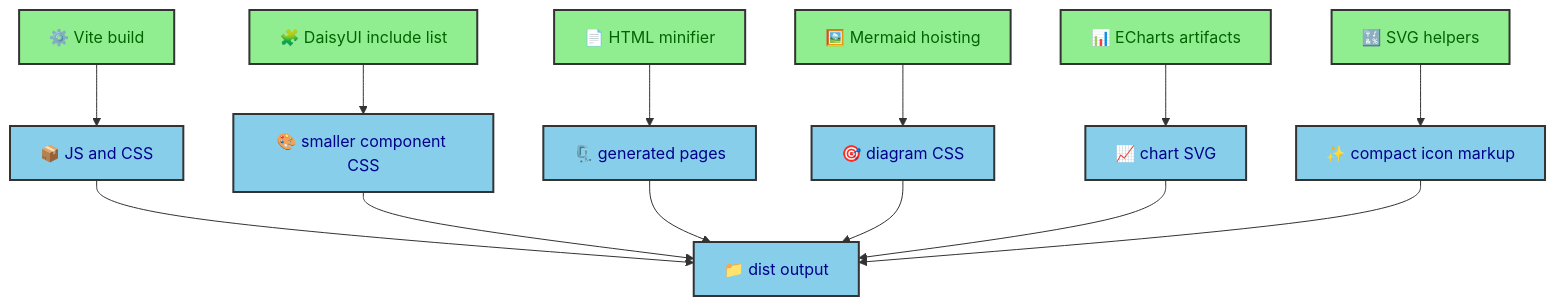
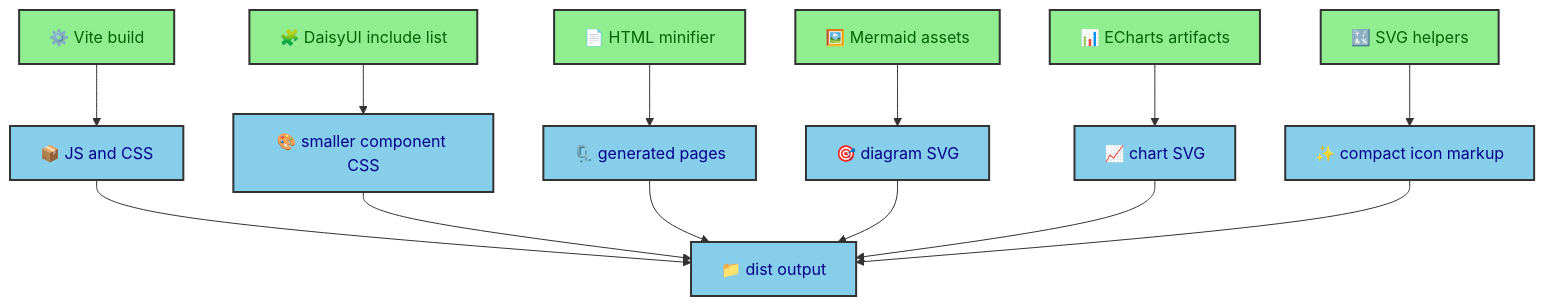
Before and after one commit to duranalberto/albertoduran: the diagram in src/thejournal/building_albertoduran/performance/file_optimization.mdx, drawn with Mermaid. The commit also changed other lines of this file and 50 other files, not shown here.

````diff
--- a/src/thejournal/building_albertoduran/performance/file_optimization.mdx
+++ b/src/thejournal/building_albertoduran/performance/file_optimization.mdx
@@ -20,21 +20,21 @@
 ```mermaid
 flowchart TD
     Vite[⚙️ Vite build] --> JsCss[📦 JS and CSS]
     Daisy[🧩 DaisyUI include list] --> Css[🎨 smaller component CSS]
     Html[📄 HTML minifier] --> Pages[🗜️ generated pages]
-    Mermaid[🖼️ Mermaid hoisting] --> DiagramCss[🎯 diagram CSS]
+    Mermaid[🖼️ Mermaid assets] --> DiagramSvg[🎯 diagram SVG]
     Charts[📊 ECharts artifacts] --> ChartSvg[📈 chart SVG]
     Svg[🔣 SVG helpers] --> Icons[✨ compact icon markup]
     JsCss --> Dist[📁 dist output]
     Css --> Dist
     Pages --> Dist
-    DiagramCss --> Dist
+    DiagramSvg --> Dist
     ChartSvg --> Dist
     Icons --> Dist
 
     classDef process fill:#90EE90,stroke:#333,stroke-width:2px,color:darkgreen
     classDef output fill:#87CEEB,stroke:#333,stroke-width:2px,color:darkblue
 
     class Vite,Daisy,Html,Mermaid,Charts,Svg process
-    class JsCss,Css,Pages,DiagramCss,ChartSvg,Icons,Dist output
+    class JsCss,Css,Pages,DiagramSvg,ChartSvg,Icons,Dist output
 ```
````
